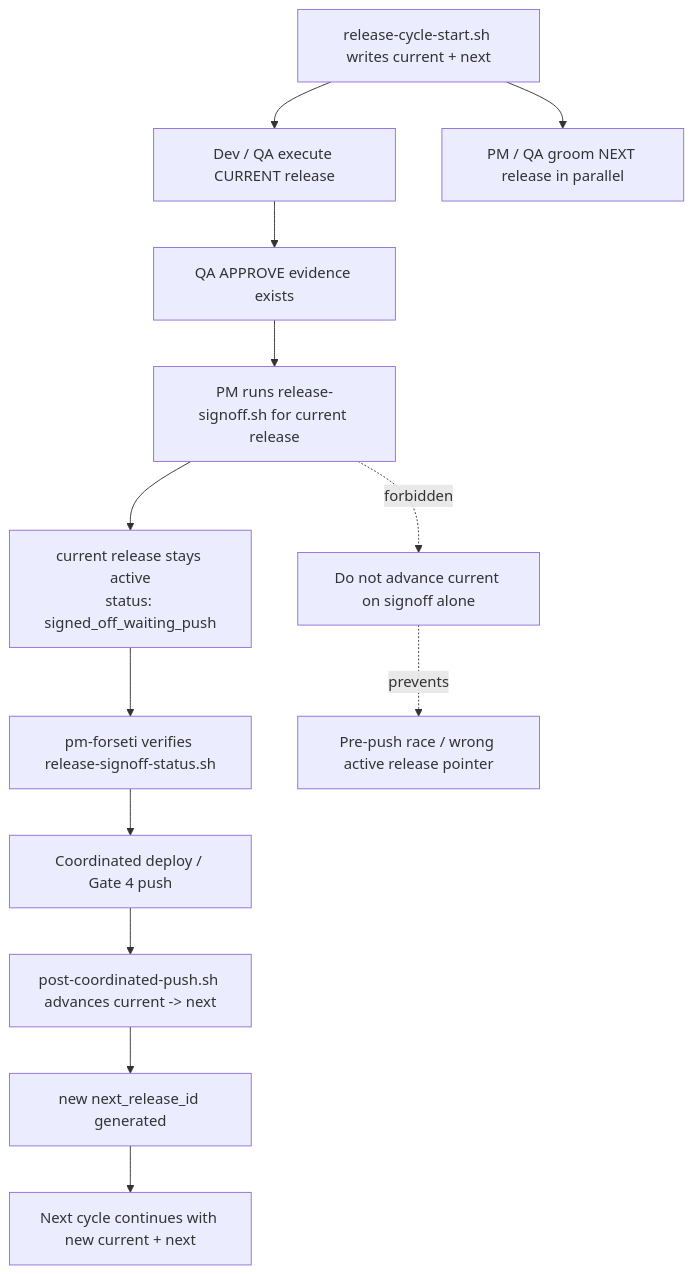
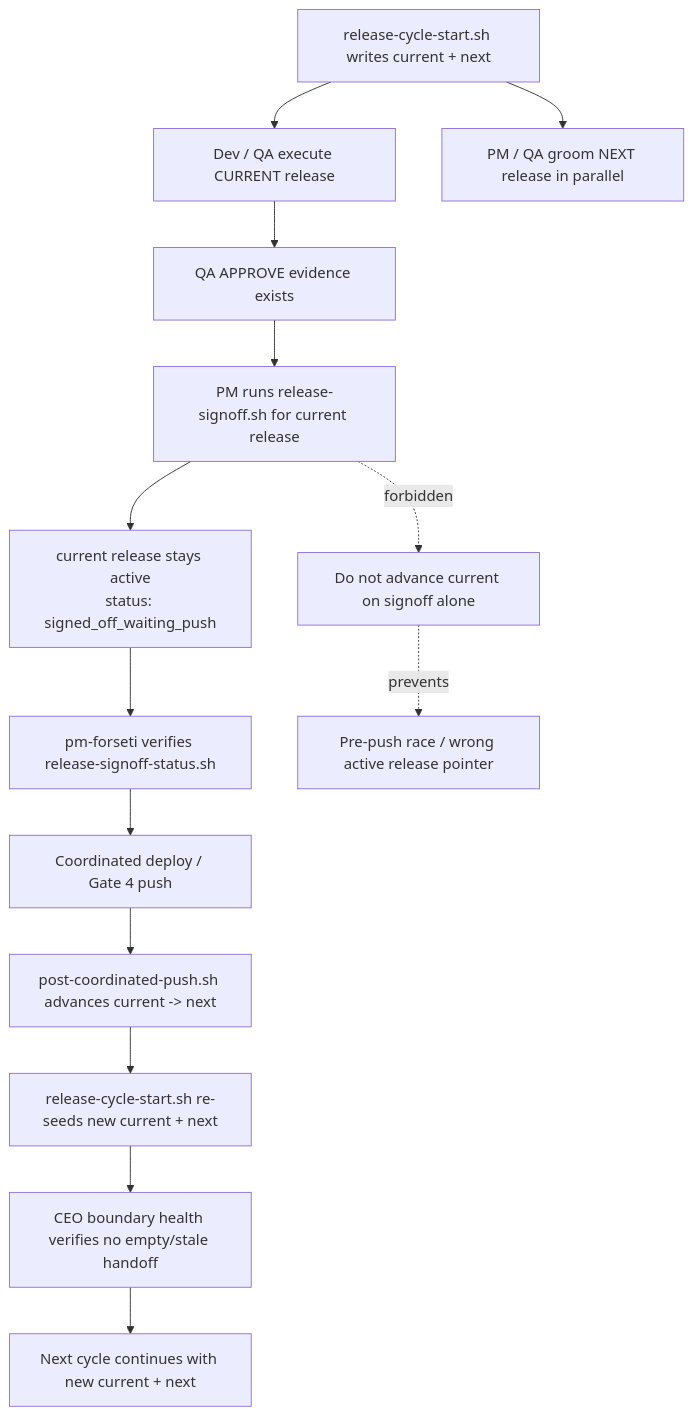
One commit to Forseti-Life/forseti.life changed the first of 2 diagrams in copilot-hq/runbooks/release-cycle-process-flow.md. Above: the diagram before and after it, drawn with Mermaid. The commit also changed other lines of this file and 54 other files, not shown here.

````diff
--- a/copilot-hq/runbooks/release-cycle-process-flow.md
+++ b/copilot-hq/runbooks/release-cycle-process-flow.md
@@ -38,16 +40,17 @@
 ```mermaid
 flowchart TD
   A[release-cycle-start.sh writes current + next] --> B[Dev / QA execute CURRENT release]
   A --> C[PM / QA groom NEXT release in parallel]
   B --> D[QA APPROVE evidence exists]
   D --> E[PM runs release-signoff.sh for current release]
   E --> F[current release stays active<br/>status: signed_off_waiting_push]
   F --> G[pm-forseti verifies release-signoff-status.sh]
   G --> H[Coordinated deploy / Gate 4 push]
   H --> I[post-coordinated-push.sh advances current -> next]
-  I --> J[new next_release_id generated]
-  J --> K[Next cycle continues with new current + next]
+  I --> J[release-cycle-start.sh re-seeds new current + next]
+  J --> K[CEO boundary health verifies no empty/stale handoff]
+  K --> L[Next cycle continues with new current + next]
 
   E -. forbidden .-> X[Do not advance current on signoff alone]
   X -. prevents .-> Y[Pre-push race / wrong active release pointer]
 ```
````
